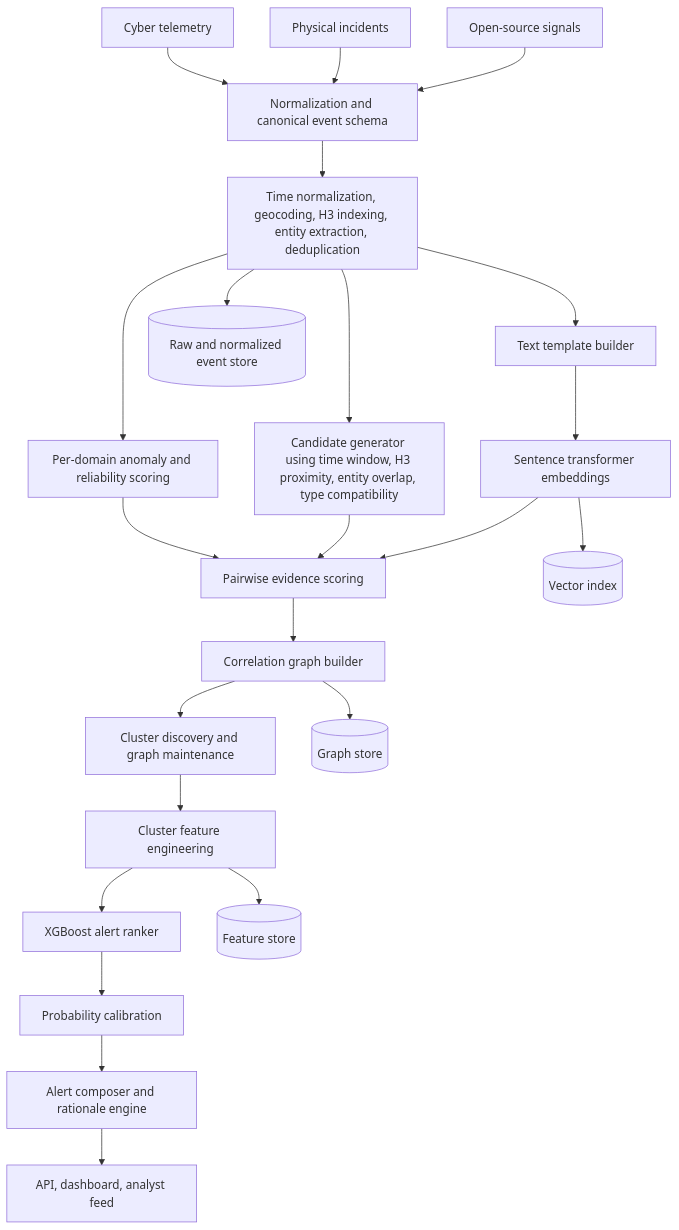
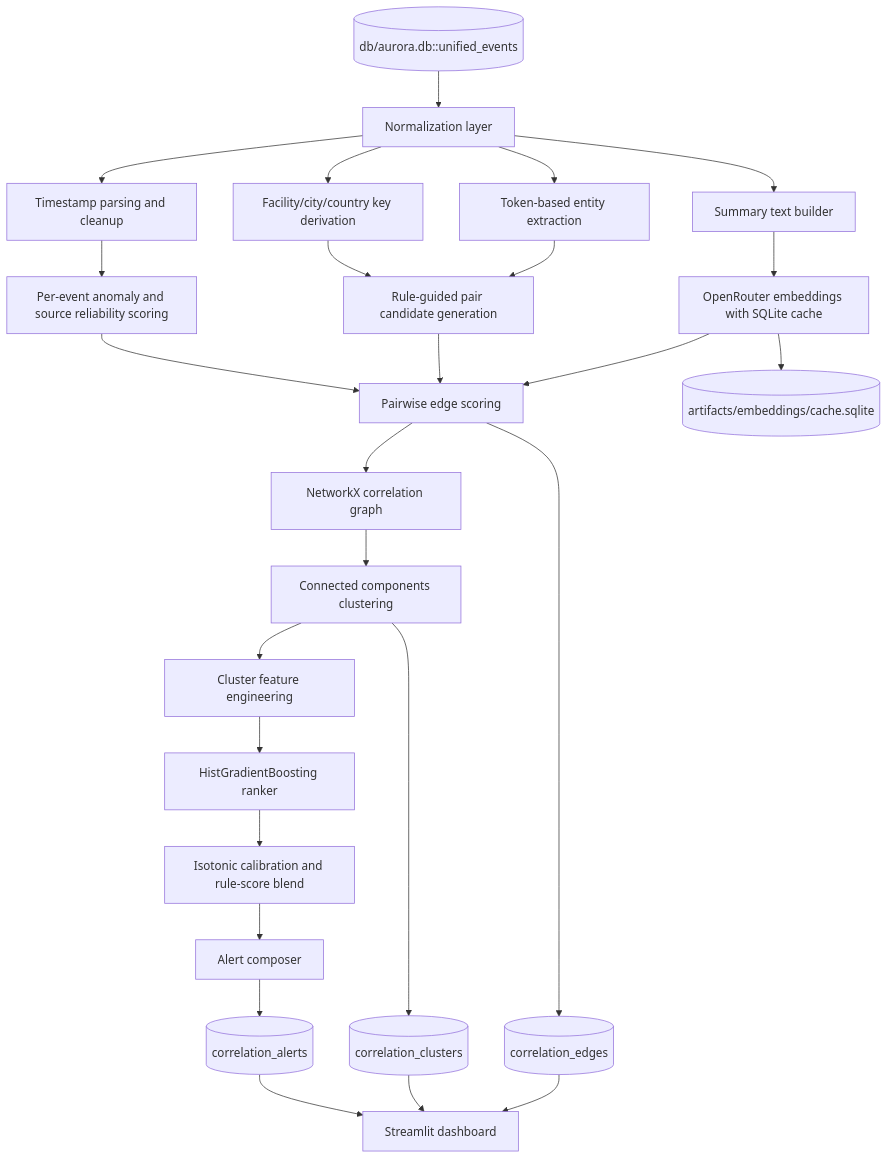
The diagram in README_optionA_correlation_engine.md (Vaidehi2510/AURORA), drawn with Mermaid before and after one commit. The commit also changed other lines of this file and 6 other files, not shown here.

Commit message:
replaced XGBoost with scikit-learn's histogram gradient boosting model

````diff
--- a/README_optionA_correlation_engine.md
+++ b/README_optionA_correlation_engine.md
@@ -35,31 +55,32 @@
 ```mermaid
 flowchart TB
-    A[Cyber telemetry] --> D[Normalization and canonical event schema]
-    B[Physical incidents] --> D
-    C[Open-source signals] --> D
+    A[(db/aurora.db::unified_events)] --> B[Normalization layer]
+    B --> C[Timestamp parsing and cleanup]
+    B --> D[Facility/city/country key derivation]
+    B --> E[Token-based entity extraction]
+    B --> F[Summary text builder]
 
-    D --> E[Time normalization, geocoding, H3 indexing, entity extraction, deduplication]
+    C --> G[Per-event anomaly and source reliability scoring]
+    D --> H[Rule-guided pair candidate generation]
+    E --> H
+    F --> I[OpenRouter embeddings with SQLite cache]
 
-    E --> F[Per-domain anomaly and reliability scoring]
-    E --> G[Candidate generator using time window, H3 proximity, entity overlap, type compatibility]
+    G --> J[Pairwise edge scoring]
+    H --> J
+    I --> J
 
-    F --> H[Pairwise evidence scoring]
-    G --> H
+    J --> K[NetworkX correlation graph]
+    K --> L[Connected components clustering]
+    L --> M[Cluster feature engineering]
+    M --> N[HistGradientBoosting ranker]
+    N --> O[Isotonic calibration and rule-score blend]
+    O --> P[Alert composer]
+    P --> Q[(correlation_alerts)]
 
-    E --> I[Text template builder]
-    I --> J[Sentence transformer embeddings]
-    J --> H
-
-    H --> K[Correlation graph builder]
-    K --> L[Cluster discovery and graph maintenance]
-    L --> M[Cluster feature engineering]
-    M --> N[XGBoost alert ranker]
-    N --> O[Probability calibration]
-    O --> P[Alert composer and rationale engine]
-    P --> Q[API, dashboard, analyst feed]
-
-    E --> R[(Raw and normalized event store)]
-    J --> S[(Vector index)]
-    K --> T[(Graph store)]
-    M --> U[(Feature store)]
+    J --> R[(correlation_edges)]
+    L --> S[(correlation_clusters)]
+    I --> T[(artifacts/embeddings/cache.sqlite)]
+    Q --> U[Streamlit dashboard]
+    S --> U
+    R --> U
 ```
````
